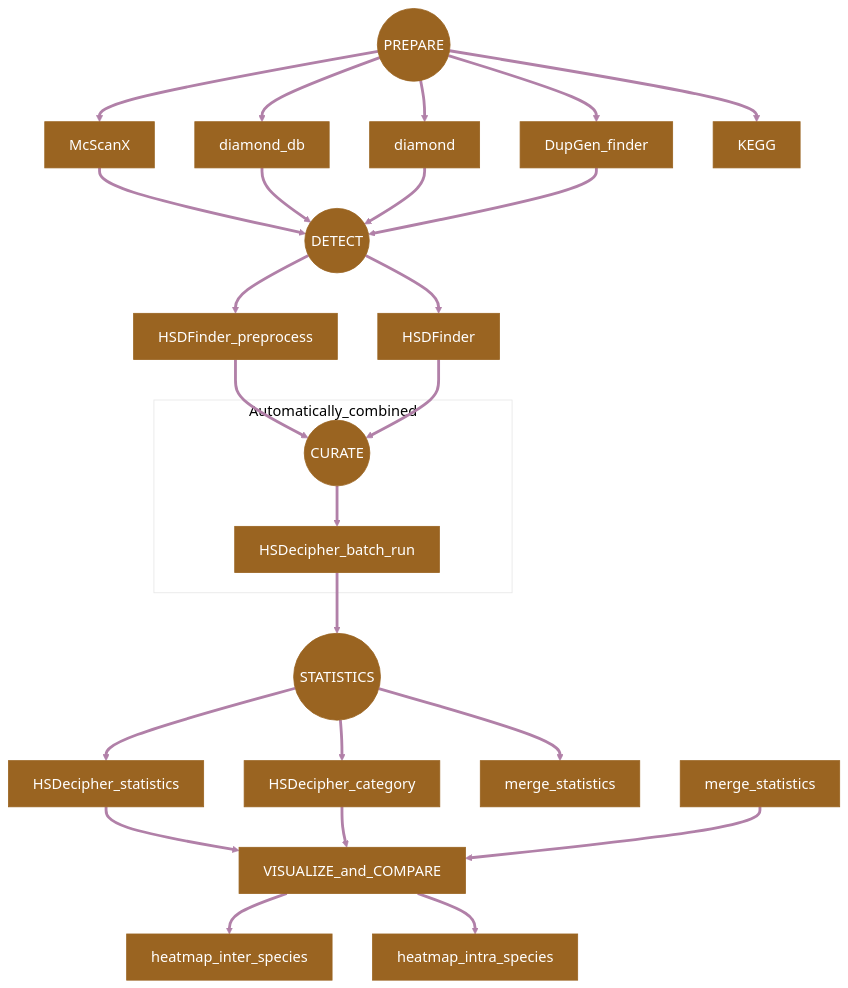
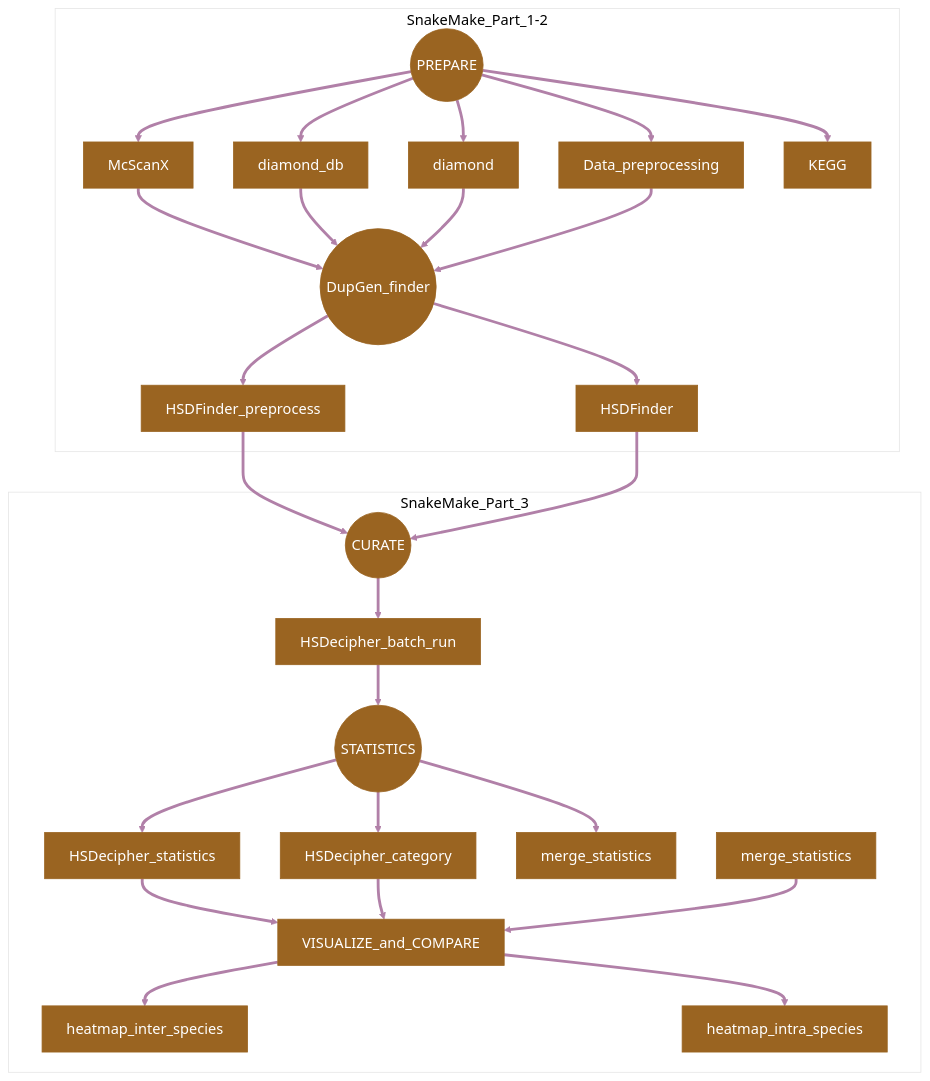
Before and after one commit to zx0223winner/HSDSnake: the diagram in README.md, drawn with Mermaid.

````diff
--- a/README.md
+++ b/README.md
@@ -10,53 +10,56 @@
 ```mermaid
 %%{init: {
     'theme': 'base',
     'themeVariables': {
     'fontSize': '18px",
     'primaryColor': '#9A6421',
     'primaryTextColor': '#ffffff',
     'primaryBorderColor': '#9A6421',
     'lineColor': '#B180A8',
     'secondaryColor': '#455C58',
     'tertiaryColor': '#ffffff'
   }
 }}%%
 flowchart TD
-  
+
+subgraph SnakeMake_Part_1-2
   PREPARE((PREPARE)) ==> McScanX[McScanX]
   PREPARE ==> diamond_db[diamond_db]
   PREPARE ==> diamond[diamond]
-  PREPARE ==> DupGen_finder[DupGen_finder]
+  PREPARE ==> Data_preprocessing[Data_preprocessing]
   PREPARE ==> KEGG[KEGG]
 
-  McScanX ==> DETECT
-  diamond_db ==> DETECT
-  diamond ==> DETECT
-  DupGen_finder ==> DETECT
+  McScanX ==> DupGen_finder
+  diamond_db ==> DupGen_finder
+  diamond ==> DupGen_finder
+  Data_preprocessing ==> DupGen_finder
 
 
-  DETECT((DETECT)) ==> HSDFinder_preprocess[HSDFinder_preprocess]
-  DETECT ==> HSDFinder[HSDFinder]
-  
+  DupGen_finder((DupGen_finder)) ==> HSDFinder_preprocess[HSDFinder_preprocess]
+  DupGen_finder ==> HSDFinder[HSDFinder]
 
+end  
+
+subgraph SnakeMake_Part_3
   HSDFinder_preprocess ==> CURATE
   HSDFinder ==> CURATE
   
-  subgraph Automatically_combined
-   CURATE((CURATE)) ==> HSDecipher_batch_run[HSDecipher_batch_run]
-  end
+
+  CURATE((CURATE)) ==> HSDecipher_batch_run[HSDecipher_batch_run]
+ 
   HSDecipher_batch_run ==> STATISTICS
 
   STATISTICS((STATISTICS)) ==> HSDecipher_statistics[HSDecipher_statistics]
   STATISTICS ==> HSDecipher_category[HSDecipher_category]
   STATISTICS ==> merge_stastics[merge_statistics]
 
   HSDecipher_statistics ==> VISUALIZE_and_COMPARE
   HSDecipher_category ==> VISUALIZE_and_COMPARE
   merge_statistics ==> VISUALIZE_and_COMPARE
 
   VISUALIZE_and_COMPARE ==> HSDecipher_heatmap_inter_species_prepare[heatmap_inter_species]
   VISUALIZE_and_COMPARE ==> HSDecipher_heatmap_intra_species[heatmap_intra_species]
-
+end
 
 
 ```
````
